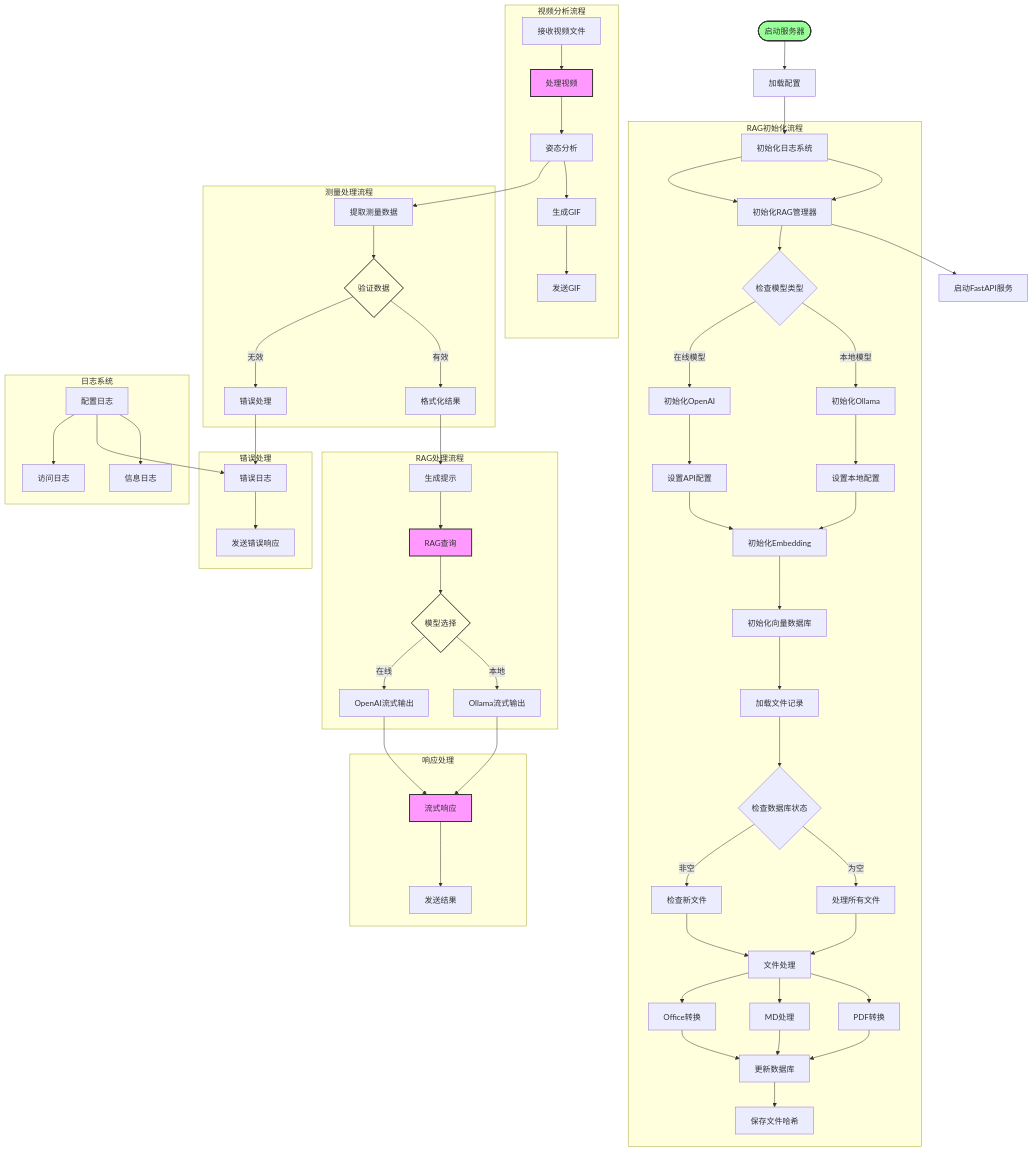
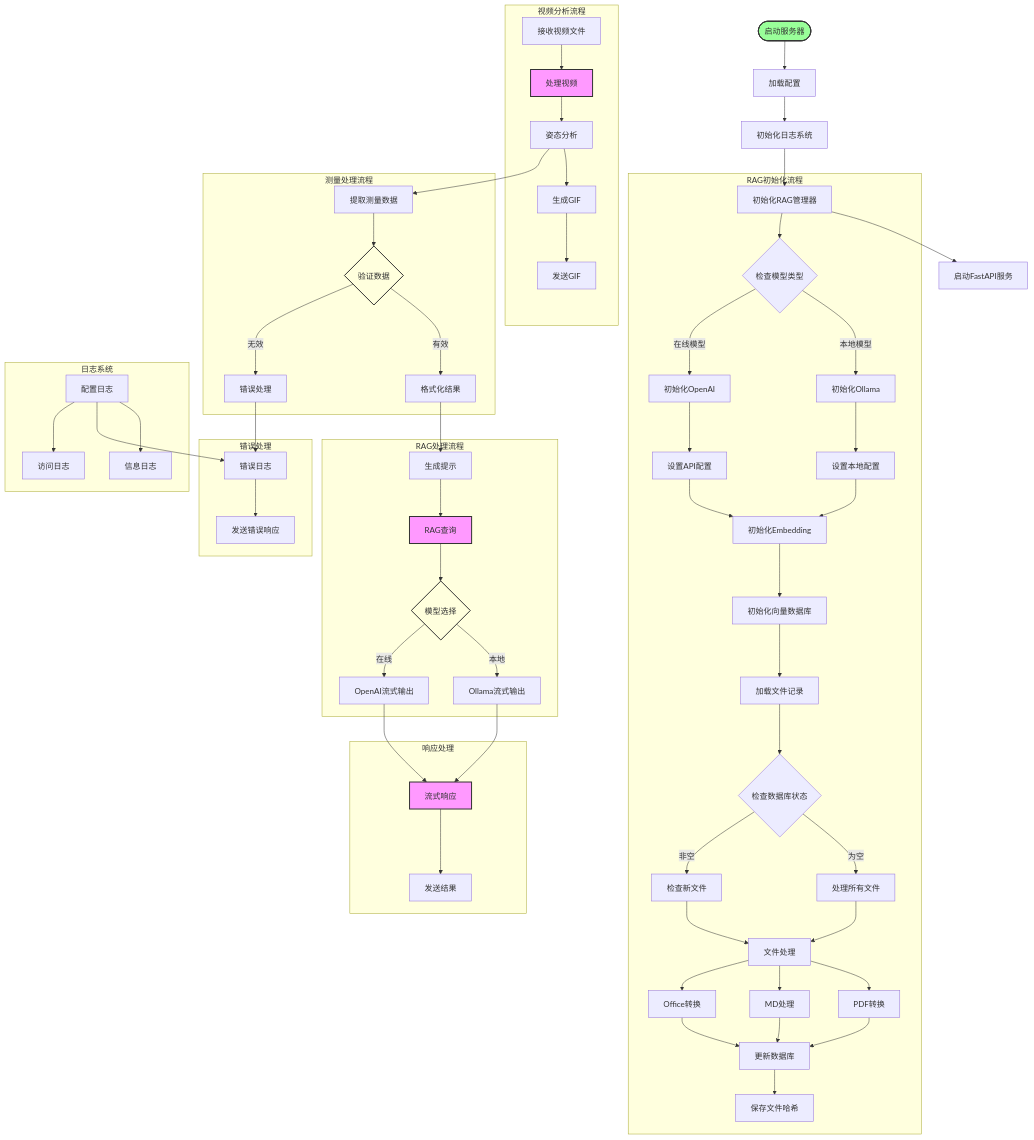
Before and after one commit to Gzmomo001/Bike-fit: the diagram in backend/Light_rag/README.md, drawn with Mermaid. The commit also changed 7 other files, not shown here.

```diff
--- a/backend/Light_rag/README.md
+++ b/backend/Light_rag/README.md
@@ -93,7 +93,6 @@
 
     %% RAG管理器初始化详细流程
     subgraph RAG初始化流程
-        InitLogger --> InitRAG[初始化RAG管理器]
         InitRAG --> CheckModel{检查模型类型}
         
         %% 本地模型分支
```
